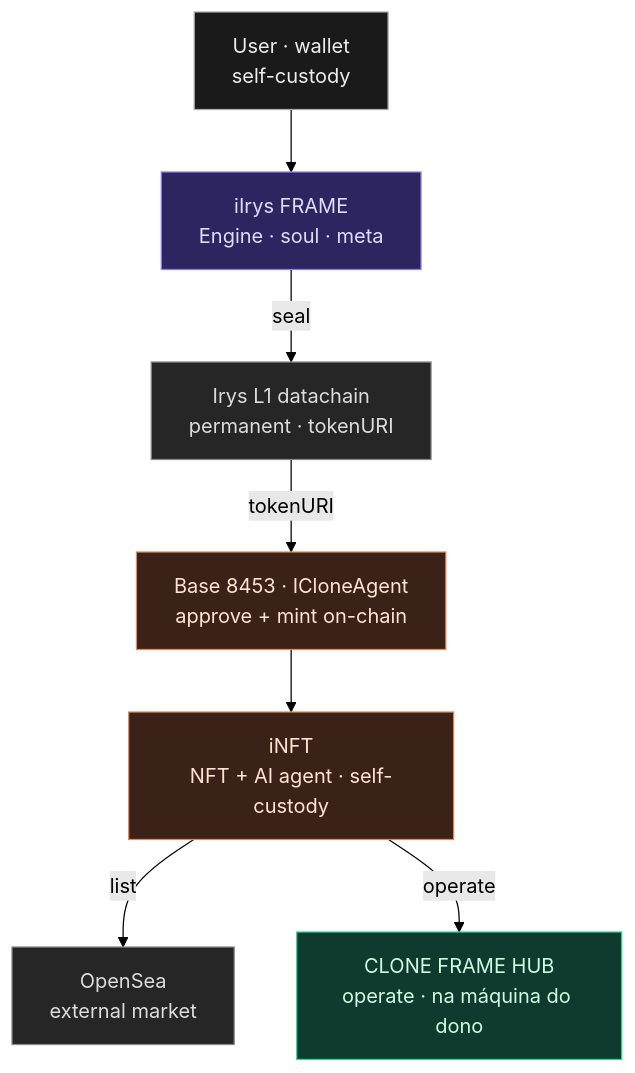
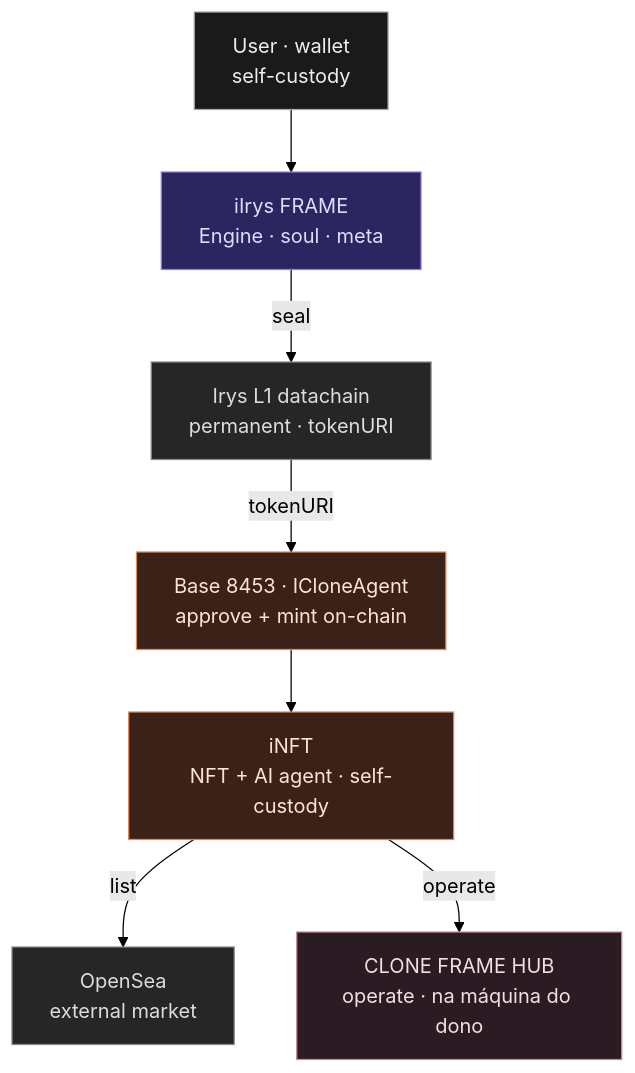
Before and after one commit to devclone20/clone-frame: the second of 2 diagrams in docs/ARCHITECTURE.md, drawn with Mermaid (forest theme). The commit also changed other lines of this file and 6 other files, not shown here.

First line of the commit message:
docs: drop the superseded diagrams, de-green ARCHITECTURE

````diff
--- a/docs/ARCHITECTURE.md
+++ b/docs/ARCHITECTURE.md
@@ -28,21 +28,21 @@
 ```mermaid
 flowchart TB
   U["User · wallet<br/>self-custody"]:::neutral
   IF["iIrys FRAME<br/>Engine · soul · meta"]:::open
   IRYS["Irys L1 datachain<br/>permanent · tokenURI"]:::ext
   HUB["CLONE FRAME HUB<br/>operate · na máquina do dono"]:::hosted
   BASE["Base 8453 · ICloneAgent<br/>approve + mint on-chain"]:::chain
   INFT["iNFT<br/>NFT + AI agent · self-custody"]:::chain
   OS["OpenSea<br/>external market"]:::ext
   U --> IF
   IF -->|seal| IRYS
   IRYS -->|tokenURI| BASE
   BASE --> INFT
   INFT -->|list| OS
   INFT -->|operate| HUB
-  classDef hosted fill:#0e3b2e,stroke:#34d399,color:#d1fae5;
+  classDef hosted fill:#2b1b22,stroke:#c48b96,color:#f0dfe4;
   classDef open fill:#2b2660,stroke:#8b7fe8,color:#e0dcff;
   classDef chain fill:#3a2218,stroke:#e08a5a,color:#fde4d3;
   classDef ext fill:#262626,stroke:#888888,color:#dddddd;
   classDef neutral fill:#1a1a1a,stroke:#aaaaaa,color:#eeeeee;
 ```
````
